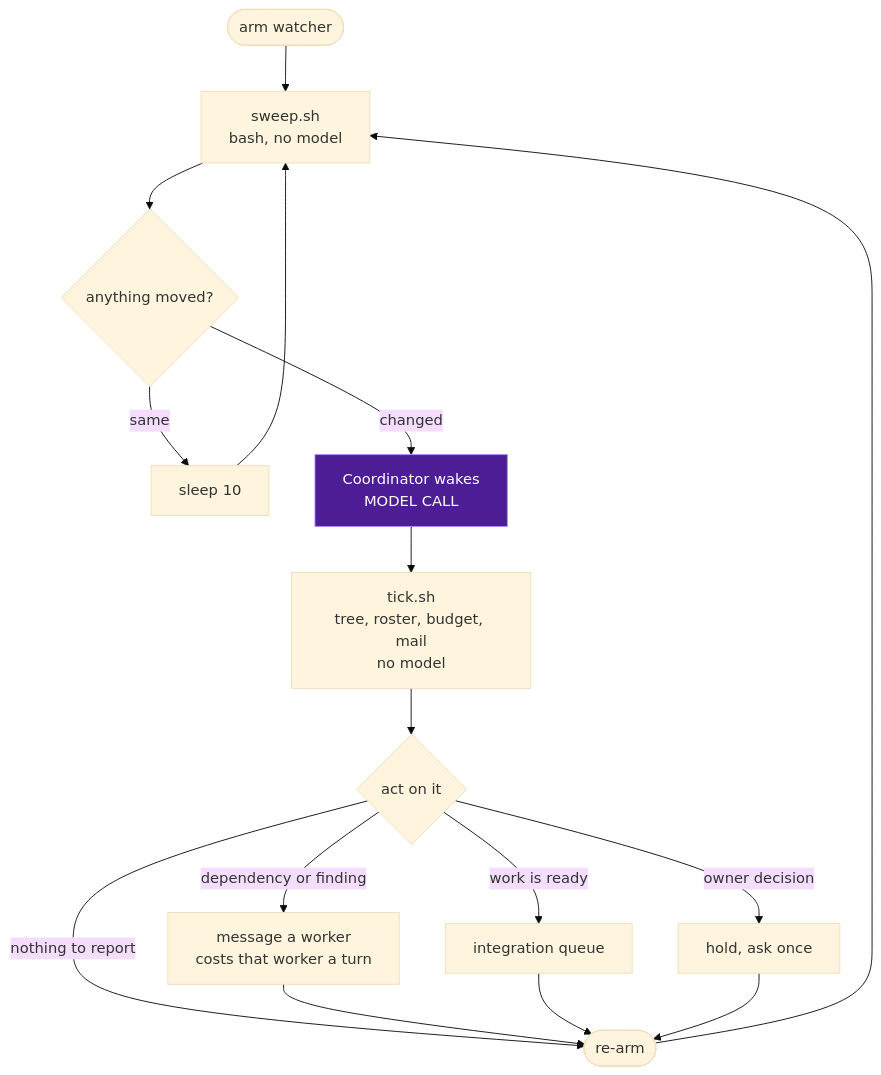
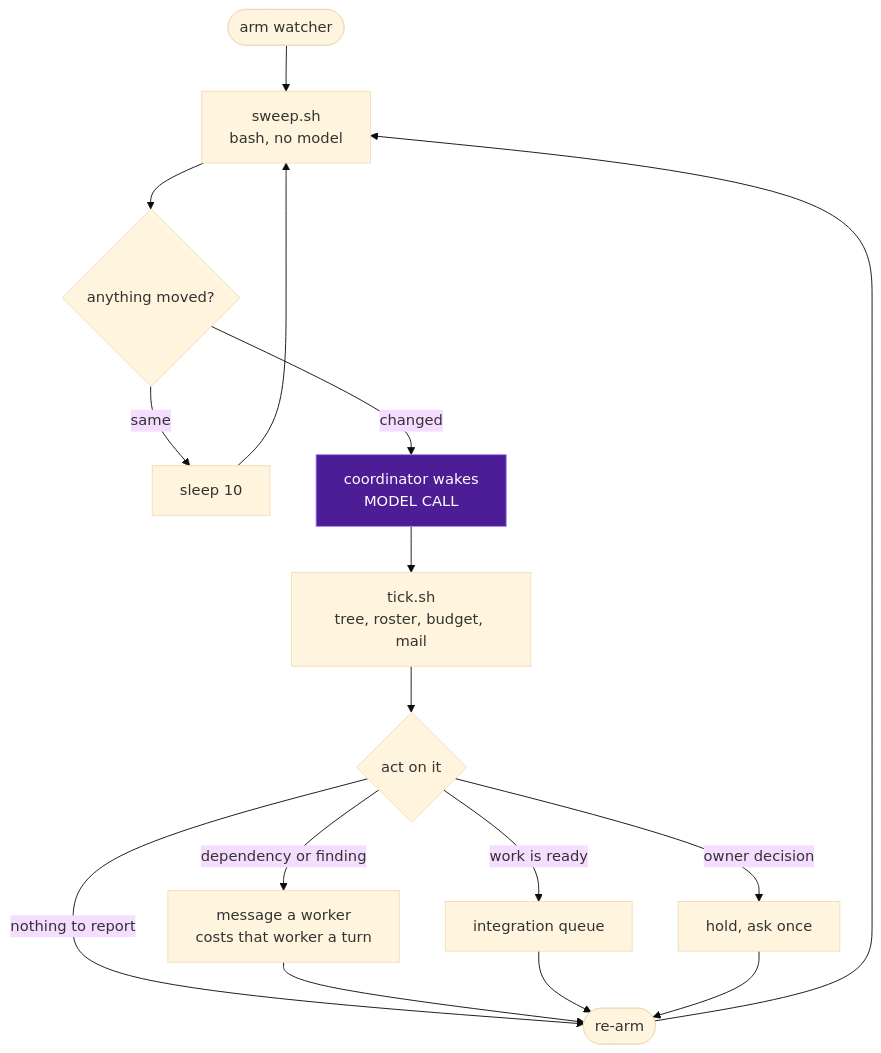
Before and after one commit to YuvalSarel1/cones: the third of 4 diagrams in docs/architecture.md, drawn with Mermaid (base theme). The commit also changed other lines of this file and 6 other files, not shown here.

````diff
--- a/docs/architecture.md
+++ b/docs/architecture.md
@@ -75,22 +152,21 @@
 ```mermaid
 flowchart TB
     Arm([arm watcher]) --> Sweep
     Sweep["sweep.sh<br/>bash, no model"]
     Sweep --> Q{"anything moved?"}
-    Q -->|"same"| Sleep["sleep 10"]
-    Sleep --> Sweep
-    Q -->|"changed"| Wake["Coordinator wakes<br/>MODEL CALL"]
-    Wake --> Tick["tick.sh<br/>tree, roster, budget, mail<br/>no model"]
+    Q -->|"same"| Sleep["sleep 10"] --> Sweep
+    Q -->|"changed"| Wake["coordinator wakes<br/>MODEL CALL"]
+    Wake --> Tick["tick.sh<br/>tree, roster, budget, mail"]
     Tick --> Act{"act on it"}
     Act -->|"dependency or finding"| Msg["message a worker<br/>costs that worker a turn"]
     Act -->|"work is ready"| Integ["integration queue"]
     Act -->|"owner decision"| Hold["hold, ask once"]
     Act -->|"nothing to report"| Rearm([re-arm])
     Msg --> Rearm
     Integ --> Rearm
     Hold --> Rearm
     Rearm --> Sweep
 
     classDef model fill:#4c1d95,stroke:#a78bfa,color:#fff
     class Wake model
 ```
````
